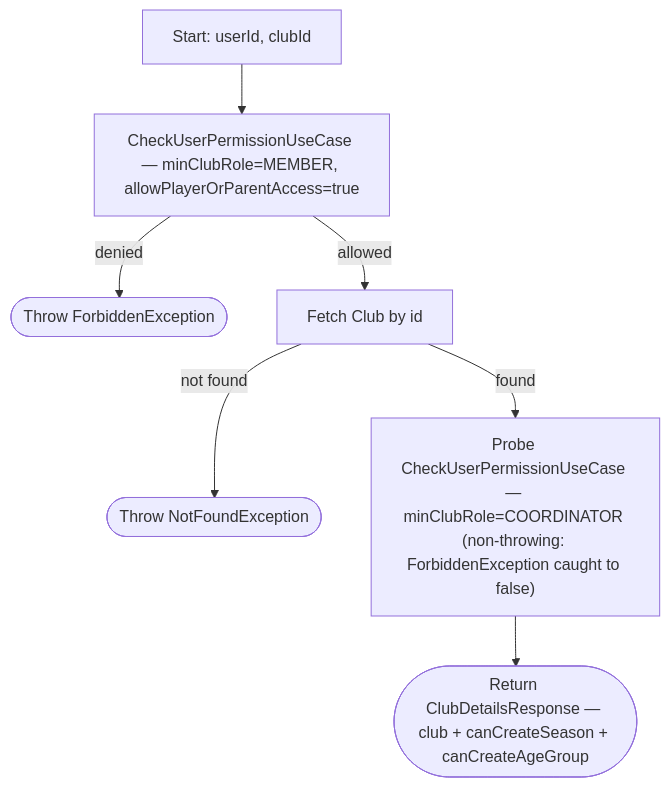
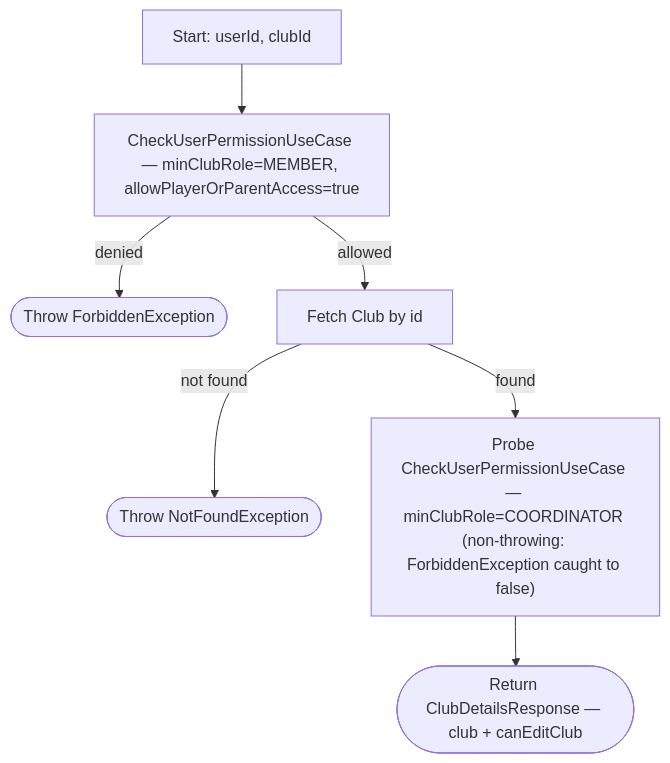
Before and after one commit to ricardofrango/squadify: the tenth of 37 diagrams in PROCESS_FLOWS.md, drawn with Mermaid. The commit also changed other lines of this file and 20 other files, not shown here.

````diff
--- a/PROCESS_FLOWS.md
+++ b/PROCESS_FLOWS.md
@@ -206,9 +206,9 @@
 ```mermaid
 graph TD
     A[Start: userId, clubId] --> B[CheckUserPermissionUseCase — minClubRole=MEMBER, allowPlayerOrParentAccess=true]
     B -- denied --> F(["Throw ForbiddenException"])
     B -- allowed --> C[Fetch Club by id]
     C -- not found --> N(["Throw NotFoundException"])
     C -- found --> D["Probe CheckUserPermissionUseCase — minClubRole=COORDINATOR (non-throwing: ForbiddenException caught to false)"]
-    D --> Z(["Return ClubDetailsResponse — club + canCreateSeason + canCreateAgeGroup"])
+    D --> Z(["Return ClubDetailsResponse — club + canEditClub"])
 ```
````
